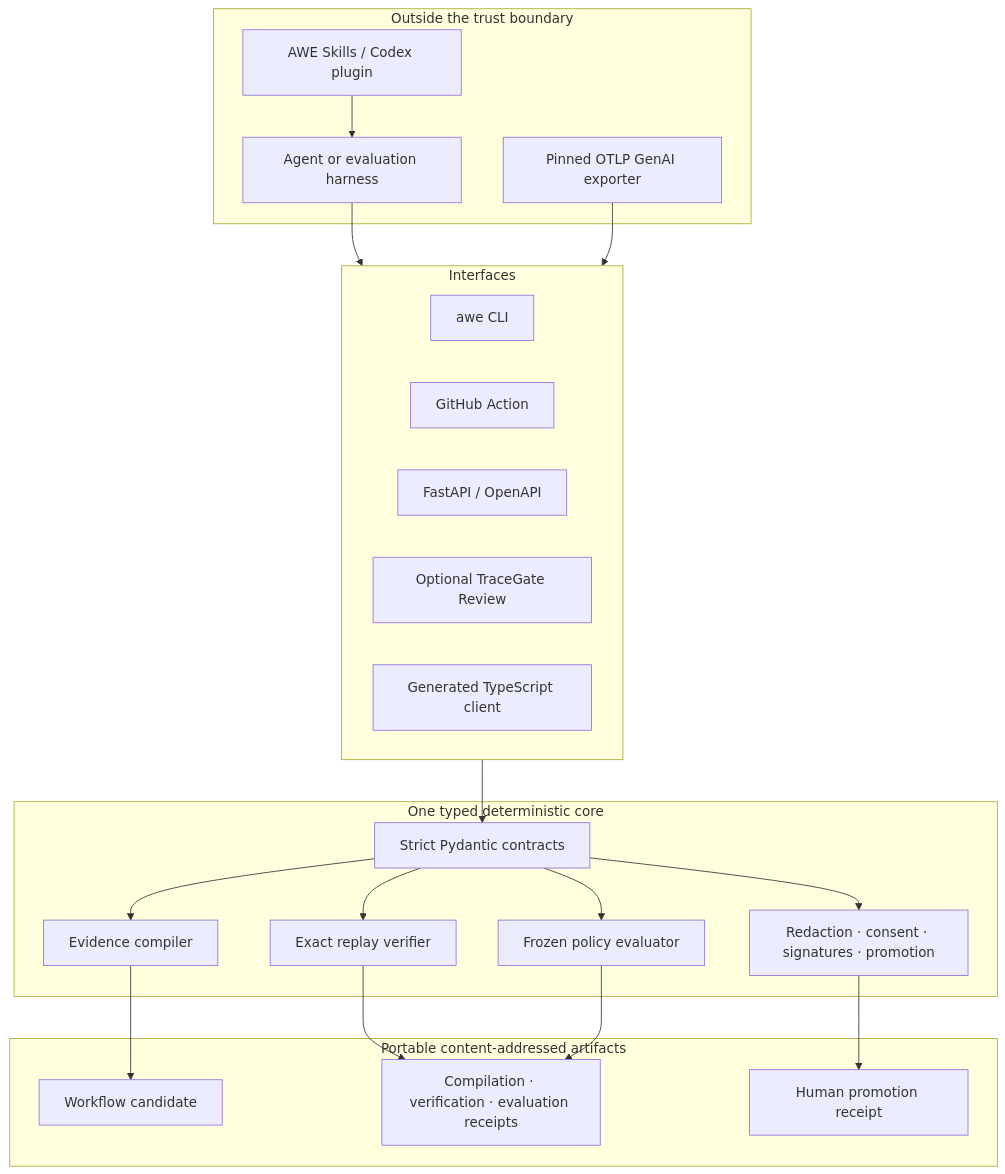
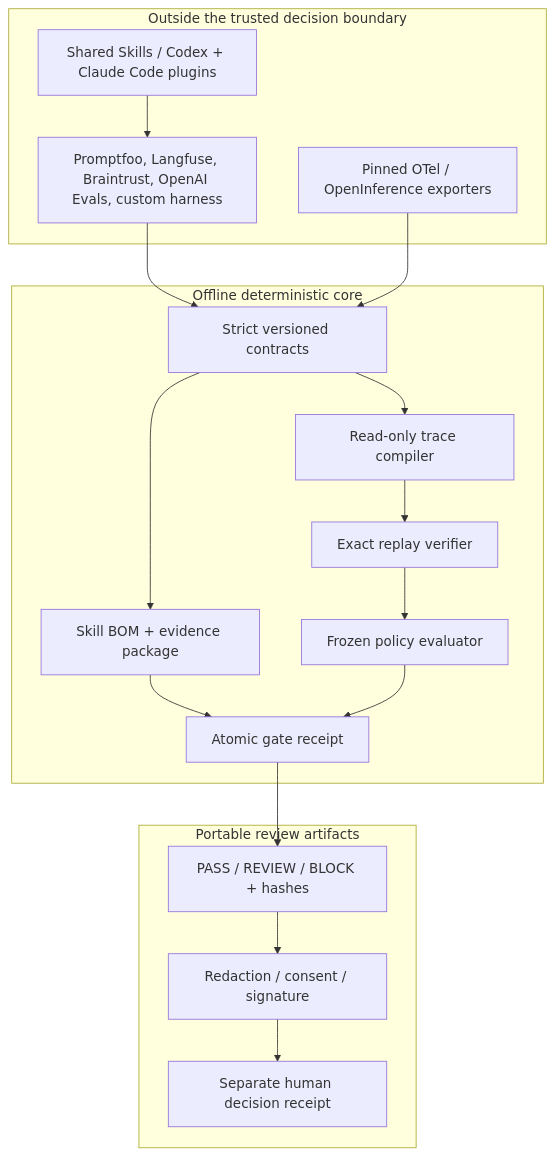
The second of 2 diagrams in README.md (kingggg5/awe-tracegate), drawn with Mermaid before and after one commit. The commit also changed other lines of this file and 82 other files, not shown here.

First line of the commit message:
feat: ship TraceGate v0.3 cross-host plugin and atomic gate (#11)

````diff
--- a/README.md
+++ b/README.md
@@ -153,37 +181,30 @@
 ```mermaid
 flowchart TB
-    subgraph Producers["Outside the trust boundary"]
-        Skills["AWE Skills / Codex plugin"]
-        Harness["Agent or evaluation harness"]
-        OTel["Pinned OTLP GenAI exporter"]
+    subgraph Outside["Outside the trusted decision boundary"]
+        Plugin["Shared Skills / Codex + Claude Code plugins"]
+        Harness["Promptfoo, Langfuse, Braintrust, OpenAI Evals, custom harness"]
+        OTel["Pinned OTel / OpenInference exporters"]
     end
 
-    subgraph Interfaces["Interfaces"]
-        CLI["awe CLI"]
-        Action["GitHub Action"]
-        API["FastAPI / OpenAPI"]
-        UI["Optional TraceGate Review"]
-        TS["Generated TypeScript client"]
+    subgraph Core["Offline deterministic core"]
+        Contracts["Strict versioned contracts"]
+        BOM["Skill BOM + evidence package"]
+        Compiler["Read-only trace compiler"]
+        Replay["Exact replay verifier"]
+        Evaluator["Frozen policy evaluator"]
+        Gate["Atomic gate receipt"]
     end
 
-    subgraph Core["One typed deterministic core"]
-        Contracts["Strict Pydantic contracts"]
-        Compiler["Evidence compiler"]
-        Verifier["Exact replay verifier"]
-        Evaluator["Frozen policy evaluator"]
-        Governance["Redaction · consent · signatures · promotion"]
+    subgraph Outputs["Portable review artifacts"]
+        Receipt["PASS / REVIEW / BLOCK + hashes"]
+        Share["Redaction / consent / signature"]
+        Human["Separate human decision receipt"]
     end
 
-    subgraph Artifacts["Portable content-addressed artifacts"]
-        Candidate["Workflow candidate"]
-        Receipts["Compilation · verification · evaluation receipts"]
-        Promotion["Human promotion receipt"]
-    end
-
-    Skills --> Harness --> Interfaces
-    OTel --> Interfaces --> Contracts
-    Contracts --> Compiler --> Candidate
-    Contracts --> Verifier --> Receipts
-    Contracts --> Evaluator --> Receipts
-    Contracts --> Governance --> Promotion
+    Plugin --> Harness
+    Harness --> Contracts
+    OTel --> Contracts
+    Contracts --> BOM --> Gate
+    Contracts --> Compiler --> Replay --> Evaluator --> Gate
+    Gate --> Receipt --> Share --> Human
 ```
````
